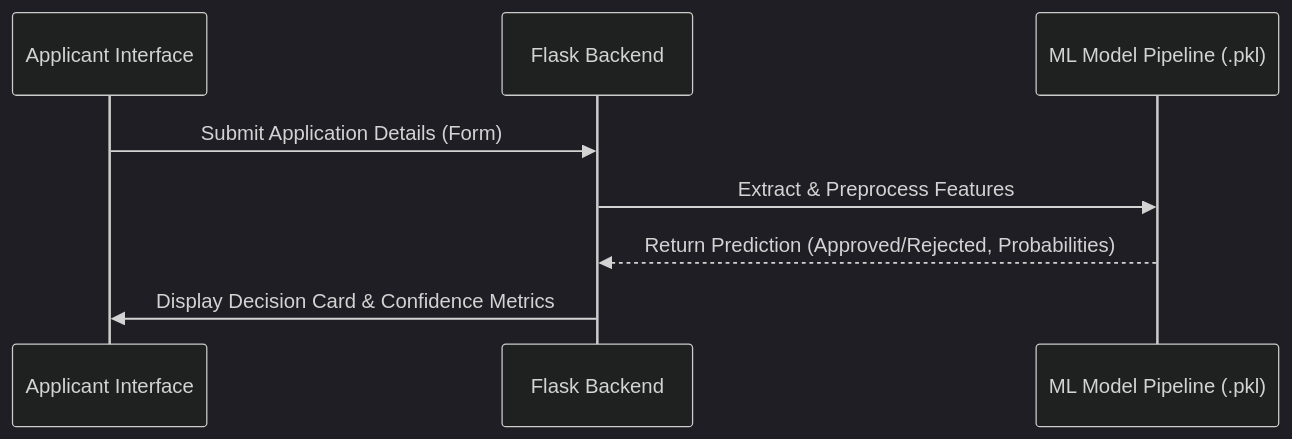
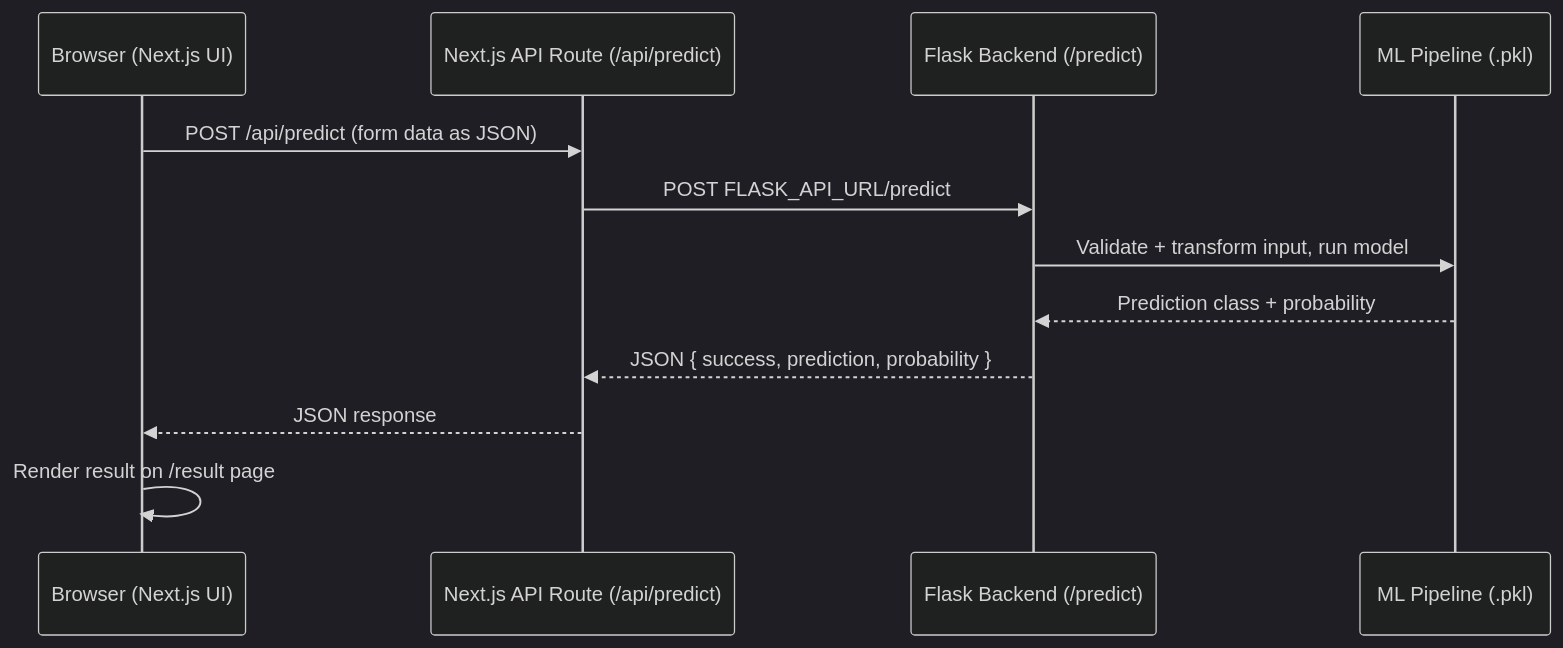
One commit to RevanthBoina/Credit-card-Auto-Approval-prediction changed the diagram in README.md. Above: the diagram before and after it, drawn with Mermaid (dark theme). The commit also changed other lines of this file, not shown here.

Commit message:
docs: rewrite README for split Next.js frontend / Flask API backend architecture

````diff
--- a/README.md
+++ b/README.md
@@ -93,11 +121,15 @@
 ```mermaid
 sequenceDiagram
-    participant User as Applicant Interface
-    participant Controller as Flask Backend
-    participant ML as ML Model Pipeline (.pkl)
-    
-    User->>Controller: Submit Application Details (Form)
-    Controller->>ML: Extract & Preprocess Features
-    ML-->>Controller: Return Prediction (Approved/Rejected, Probabilities)
-    Controller->>User: Display Decision Card & Confidence Metrics
+    participant User as Browser (Next.js UI)
+    participant Proxy as Next.js API Route (/api/predict)
+    participant Flask as Flask Backend (/predict)
+    participant ML as ML Pipeline (.pkl)
+
+    User->>Proxy: POST /api/predict (form data as JSON)
+    Proxy->>Flask: POST FLASK_API_URL/predict
+    Flask->>ML: Validate + transform input, run model
+    ML-->>Flask: Prediction class + probability
+    Flask-->>Proxy: JSON { success, prediction, probability }
+    Proxy-->>User: JSON response
+    User->>User: Render result on /result page
 ```
````
